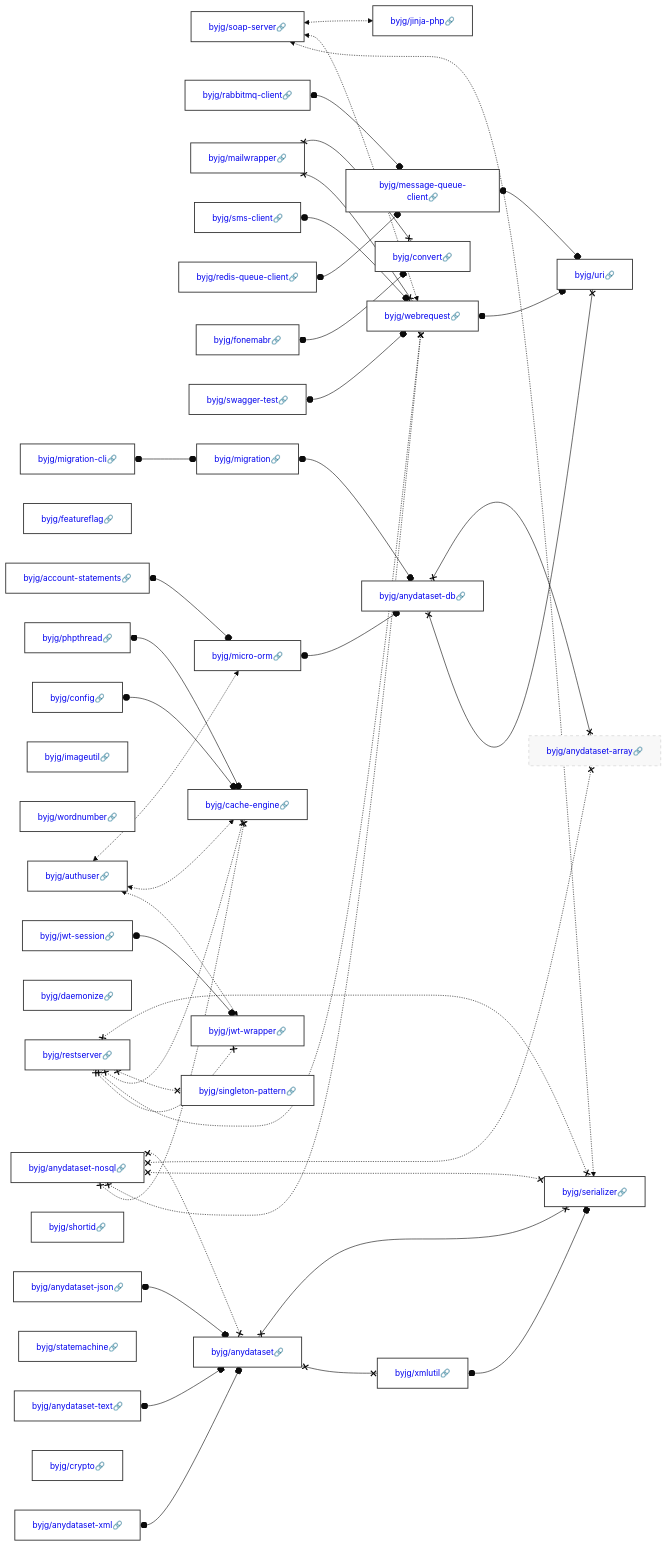
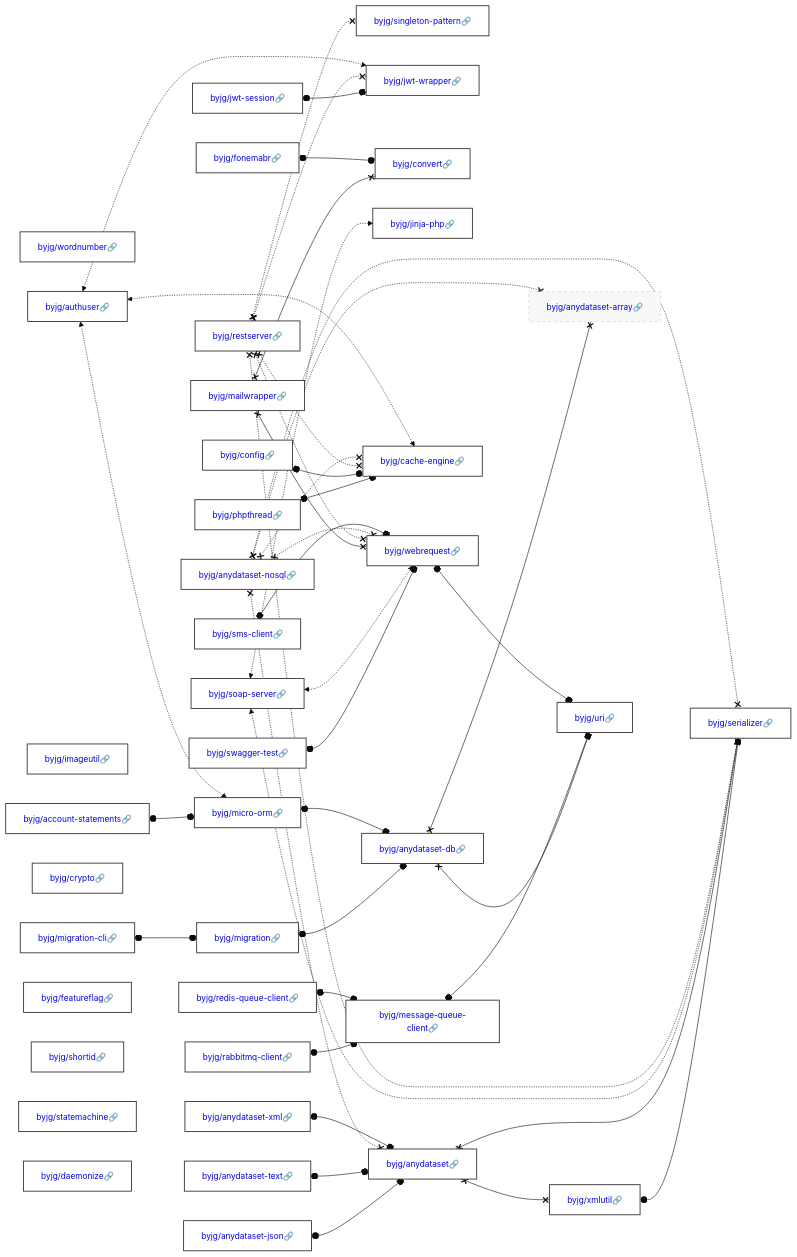
Before and after one commit to byjg/byjg.github.io: the diagram in docs/php/README.md, drawn with Mermaid (base theme). The commit also changed other lines of this file and 2 other files, not shown here.

Commit message:
Update documentation 'php' 'php-config'

````diff
--- a/docs/php/README.md
+++ b/docs/php/README.md
@@ -3,40 +3,40 @@
 ```mermaid
 graph LR;
+  byjg/wordnumber[<a href='https://opensource.byjg.com/docs/php/wordnumber' style='text-decoration:none'>byjg/wordnumber🔗</a>];
+  byjg/phpthread[<a href='https://opensource.byjg.com/docs/php/phpthread' style='text-decoration:none'>byjg/phpthread🔗</a>];
+  byjg/rabbitmq-client[<a href='https://opensource.byjg.com/docs/php/rabbitmq-client' style='text-decoration:none'>byjg/rabbitmq-client🔗</a>];
+  byjg/anydataset-xml[<a href='https://opensource.byjg.com/docs/php/anydataset-xml' style='text-decoration:none'>byjg/anydataset-xml🔗</a>];
+  byjg/fonemabr[<a href='https://opensource.byjg.com/docs/php/fonemabr' style='text-decoration:none'>byjg/fonemabr🔗</a>];
+  byjg/migration-cli[<a href='https://opensource.byjg.com/docs/php/migration-cli' style='text-decoration:none'>byjg/migration-cli🔗</a>];
+  byjg/imageutil[<a href='https://opensource.byjg.com/docs/php/imageutil' style='text-decoration:none'>byjg/imageutil🔗</a>];
+  byjg/jwt-session[<a href='https://opensource.byjg.com/docs/php/jwt-session' style='text-decoration:none'>byjg/jwt-session🔗</a>];
+  byjg/account-statements[<a href='https://opensource.byjg.com/docs/php/account-statements' style='text-decoration:none'>byjg/account-statements🔗</a>];
+  byjg/restserver[<a href='https://opensource.byjg.com/docs/php/restserver' style='text-decoration:none'>byjg/restserver🔗</a>];
+  byjg/config[<a href='https://opensource.byjg.com/docs/php/config' style='text-decoration:none'>byjg/config🔗</a>];
+  byjg/sms-client[<a href='https://opensource.byjg.com/docs/php/sms-client' style='text-decoration:none'>byjg/sms-client🔗</a>];
+  byjg/crypto[<a href='https://opensource.byjg.com/docs/php/crypto' style='text-decoration:none'>byjg/crypto🔗</a>];
+  byjg/anydataset-text[<a href='https://opensource.byjg.com/docs/php/anydataset-text' style='text-decoration:none'>byjg/anydataset-text🔗</a>];
+  byjg/authuser[<a href='https://opensource.byjg.com/docs/php/authuser' style='text-decoration:none'>byjg/authuser🔗</a>];
+  byjg/swagger-test[<a href='https://opensource.byjg.com/docs/php/swagger-test' style='text-decoration:none'>byjg/swagger-test🔗</a>];
+  byjg/anydataset-json[<a href='https://opensource.byjg.com/docs/php/anydataset-json' style='text-decoration:none'>byjg/anydataset-json🔗</a>];
+  byjg/mailwrapper[<a href='https://opensource.byjg.com/docs/php/mailwrapper' style='text-decoration:none'>byjg/mailwrapper🔗</a>];
+  byjg/featureflag[<a href='https://opensource.byjg.com/docs/php/featureflag' style='text-decoration:none'>byjg/featureflag🔗</a>];
+  byjg/shortid[<a href='https://opensource.byjg.com/docs/php/shortid' style='text-decoration:none'>byjg/shortid🔗</a>];
+  byjg/statemachine[<a href='https://opensource.byjg.com/docs/php/statemachine' style='text-decoration:none'>byjg/statemachine🔗</a>];
   byjg/soap-server[<a href='https://opensource.byjg.com/docs/php/soap-server' style='text-decoration:none'>byjg/soap-server🔗</a>];
-  byjg/authuser[<a href='https://opensource.byjg.com/docs/php/authuser' style='text-decoration:none'>byjg/authuser🔗</a>];
-  byjg/rabbitmq-client[<a href='https://opensource.byjg.com/docs/php/rabbitmq-client' style='text-decoration:none'>byjg/rabbitmq-client🔗</a>];
-  byjg/featureflag[<a href='https://opensource.byjg.com/docs/php/featureflag' style='text-decoration:none'>byjg/featureflag🔗</a>];
-  byjg/jwt-session[<a href='https://opensource.byjg.com/docs/php/jwt-session' style='text-decoration:none'>byjg/jwt-session🔗</a>];
-  byjg/migration-cli[<a href='https://opensource.byjg.com/docs/php/migration-cli' style='text-decoration:none'>byjg/migration-cli🔗</a>];
   byjg/anydataset-nosql[<a href='https://opensource.byjg.com/docs/php/anydataset-nosql' style='text-decoration:none'>byjg/anydataset-nosql🔗</a>];
-  byjg/imageutil[<a href='https://opensource.byjg.com/docs/php/imageutil' style='text-decoration:none'>byjg/imageutil🔗</a>];
-  byjg/wordnumber[<a href='https://opensource.byjg.com/docs/php/wordnumber' style='text-decoration:none'>byjg/wordnumber🔗</a>];
-  byjg/account-statements[<a href='https://opensource.byjg.com/docs/php/account-statements' style='text-decoration:none'>byjg/account-statements🔗</a>];
-  byjg/mailwrapper[<a href='https://opensource.byjg.com/docs/php/mailwrapper' style='text-decoration:none'>byjg/mailwrapper🔗</a>];
-  byjg/anydataset-json[<a href='https://opensource.byjg.com/docs/php/anydataset-json' style='text-decoration:none'>byjg/anydataset-json🔗</a>];
+  byjg/redis-queue-client[<a href='https://opensource.byjg.com/docs/php/redis-queue-client' style='text-decoration:none'>byjg/redis-queue-client🔗</a>];
   byjg/daemonize[<a href='https://opensource.byjg.com/docs/php/daemonize' style='text-decoration:none'>byjg/daemonize🔗</a>];
-  byjg/sms-client[<a href='https://opensource.byjg.com/docs/php/sms-client' style='text-decoration:none'>byjg/sms-client🔗</a>];
-  byjg/config[<a href='https://opensource.byjg.com/docs/php/config' style='text-decoration:none'>byjg/config🔗</a>];
-  byjg/redis-queue-client[<a href='https://opensource.byjg.com/docs/php/redis-queue-client' style='text-decoration:none'>byjg/redis-queue-client🔗</a>];
-  byjg/phpthread[<a href='https://opensource.byjg.com/docs/php/phpthread' style='text-decoration:none'>byjg/phpthread🔗</a>];
-  byjg/shortid[<a href='https://opensource.byjg.com/docs/php/shortid' style='text-decoration:none'>byjg/shortid🔗</a>];
-  byjg/restserver[<a href='https://opensource.byjg.com/docs/php/restserver' style='text-decoration:none'>byjg/restserver🔗</a>];
-  byjg/fonemabr[<a href='https://opensource.byjg.com/docs/php/fonemabr' style='text-decoration:none'>byjg/fonemabr🔗</a>];
-  byjg/statemachine[<a href='https://opensource.byjg.com/docs/php/statemachine' style='text-decoration:none'>byjg/statemachine🔗</a>];
-  byjg/anydataset-xml[<a href='https://opensource.byjg.com/docs/php/anydataset-xml' style='text-decoration:none'>byjg/anydataset-xml🔗</a>];
-  byjg/crypto[<a href='https://opensource.byjg.com/docs/php/crypto' style='text-decoration:none'>byjg/crypto🔗</a>];
-  byjg/swagger-test[<a href='https://opensource.byjg.com/docs/php/swagger-test' style='text-decoration:none'>byjg/swagger-test🔗</a>];
-  byjg/anydataset-text[<a href='https://opensource.byjg.com/docs/php/anydataset-text' style='text-decoration:none'>byjg/anydataset-text🔗</a>];
-  byjg/jinja-php[<a href='https://opensource.byjg.com/docs/php/jinja-php' style='text-decoration:none'>byjg/jinja-php🔗</a>];
   byjg/migration[<a href='https://opensource.byjg.com/docs/php/migration' style='text-decoration:none'>byjg/migration🔗</a>];
+  byjg/singleton-pattern[<a href='https://opensource.byjg.com/docs/php/singleton-pattern' style='text-decoration:none'>byjg/singleton-pattern🔗</a>];
   byjg/micro-orm[<a href='https://opensource.byjg.com/docs/php/micro-orm' style='text-decoration:none'>byjg/micro-orm🔗</a>];
-  byjg/message-queue-client[<a href='https://opensource.byjg.com/docs/php/message-queue-client' style='text-decoration:none'>byjg/message-queue-client🔗</a>];
-  byjg/singleton-pattern[<a href='https://opensource.byjg.com/docs/php/singleton-pattern' style='text-decoration:none'>byjg/singleton-pattern🔗</a>];
-  byjg/cache-engine[<a href='https://opensource.byjg.com/docs/php/cache-engine' style='text-decoration:none'>byjg/cache-engine🔗</a>];
   byjg/jwt-wrapper[<a href='https://opensource.byjg.com/docs/php/jwt-wrapper' style='text-decoration:none'>byjg/jwt-wrapper🔗</a>];
   byjg/convert[<a href='https://opensource.byjg.com/docs/php/convert' style='text-decoration:none'>byjg/convert🔗</a>];
+  byjg/jinja-php[<a href='https://opensource.byjg.com/docs/php/jinja-php' style='text-decoration:none'>byjg/jinja-php🔗</a>];
+  byjg/anydataset[<a href='https://opensource.byjg.com/docs/php/anydataset' style='text-decoration:none'>byjg/anydataset🔗</a>];
   byjg/webrequest[<a href='https://opensource.byjg.com/docs/php/webrequest' style='text-decoration:none'>byjg/webrequest🔗</a>];
-  byjg/anydataset[<a href='https://opensource.byjg.com/docs/php/anydataset' style='text-decoration:none'>byjg/anydataset🔗</a>];
+  byjg/cache-engine[<a href='https://opensource.byjg.com/docs/php/cache-engine' style='text-decoration:none'>byjg/cache-engine🔗</a>];
+  byjg/message-queue-client[<a href='https://opensource.byjg.com/docs/php/message-queue-client' style='text-decoration:none'>byjg/message-queue-client🔗</a>];
   byjg/anydataset-db[<a href='https://opensource.byjg.com/docs/php/anydataset-db' style='text-decoration:none'>byjg/anydataset-db🔗</a>];
   byjg/xmlutil[<a href='https://opensource.byjg.com/docs/php/xmlutil' style='text-decoration:none'>byjg/xmlutil🔗</a>];
   byjg/anydataset-array[<a href='https://opensource.byjg.com/docs/php/anydataset-array' style='text-decoration:none'>byjg/anydataset-array🔗</a>];
````
